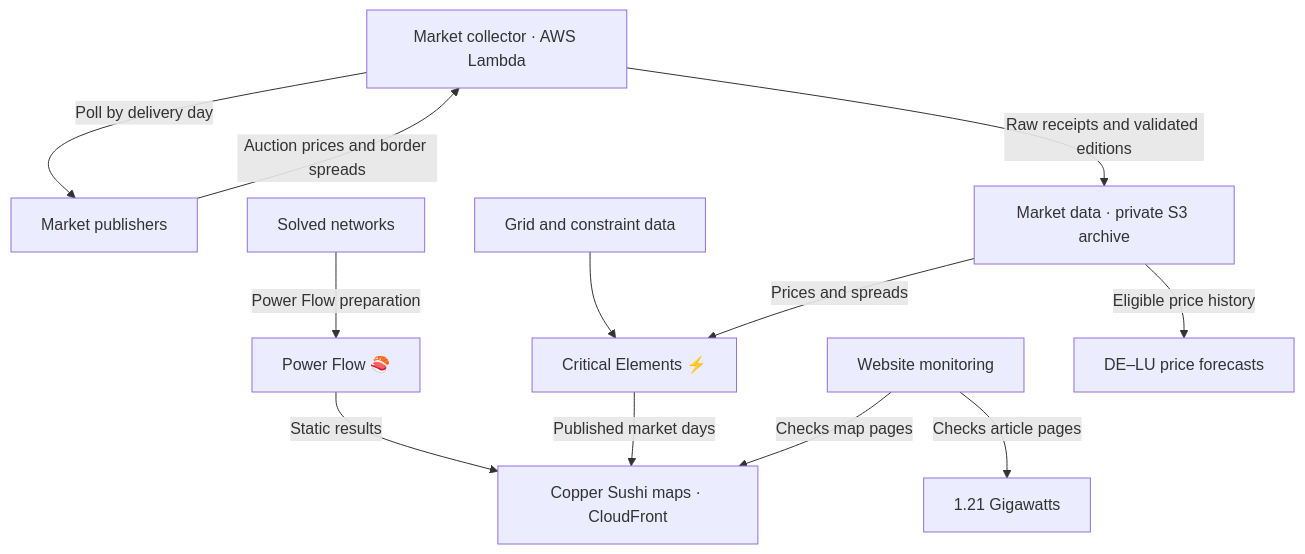
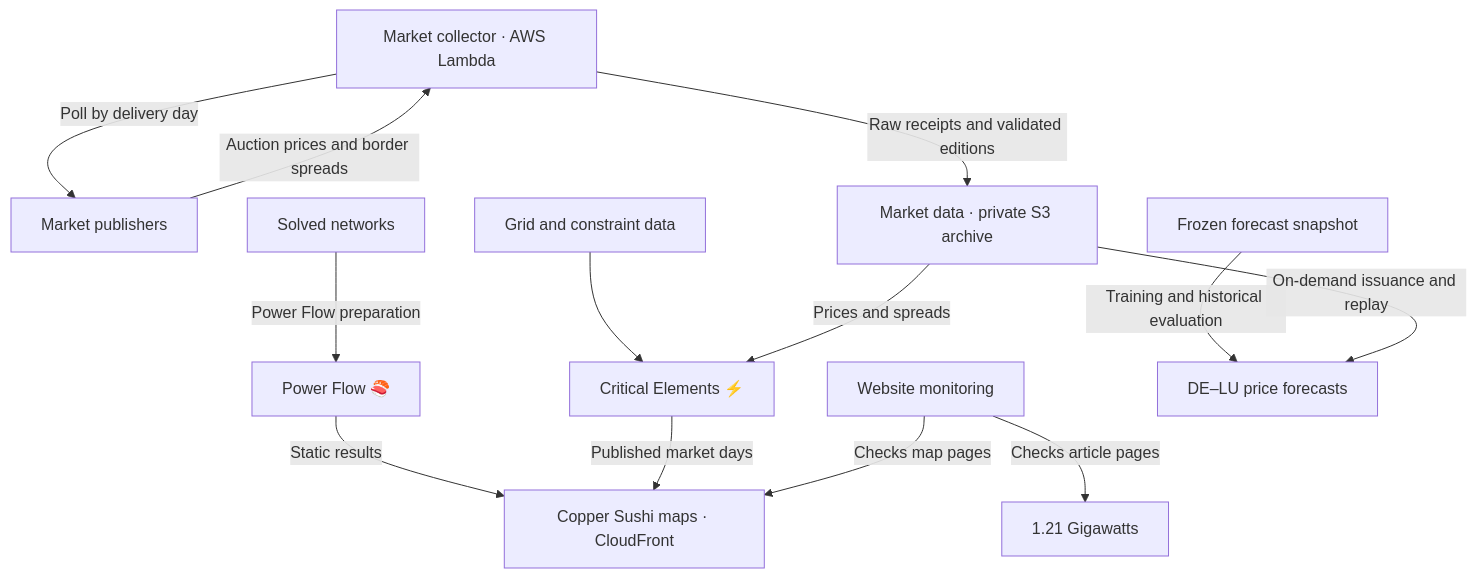
Before and after one commit to zoltanmaric/coppersushi: the diagram in README.md, drawn with Mermaid. The commit also changed 5 other files, not shown here.

````diff
--- a/README.md
+++ b/README.md
@@ -46,21 +46,23 @@
 ```mermaid
 flowchart TB
     collector["Market collector · AWS Lambda"] -->|Poll by delivery day| publishers["Market publishers"]
     publishers -->|Auction prices and border spreads| collector
     collector -->|Raw receipts and validated editions| shared["Market data · private S3 archive"]
     grid["Grid and constraint data"] --> critical["Critical Elements ⚡️"]
     networks["Solved networks"] -->|Power Flow preparation| power["Power Flow 🍣"]
     power -->|Static results| maps["Copper Sushi maps · CloudFront"]
     critical -->|Published market days| maps
     monitor["Website monitoring"] -->|Checks map pages| maps
     monitor -->|Checks article pages| blog["1.21 Gigawatts"]
     shared -->|Prices and spreads| critical
-    shared -->|Eligible price history| forecast["DE–LU price forecasts"]
+    snapshot["Frozen forecast snapshot"] -->|Training and historical evaluation| forecast["DE–LU price forecasts"]
+    shared -->|On-demand issuance and replay| forecast
     click shared "https://github.com/zoltanmaric/coppersushi/blob/main/coppersushi/pipelines/market_data/README.md"
     click critical "https://github.com/zoltanmaric/coppersushi/blob/main/coppersushi/pipelines/cnec/README.md"
     click power "https://github.com/zoltanmaric/coppersushi/blob/main/coppersushi/pipelines/powerflow/README.md"
     click monitor "https://github.com/zoltanmaric/coppersushi/blob/main/monitoring/README.md"
     click blog "https://github.com/zoltanmaric/coppersushi/blob/main/121gigawatts/hosting/README.md"
     click forecast "https://github.com/zoltanmaric/coppersushi/blob/main/forecasts/README.md"
+    click snapshot "https://github.com/zoltanmaric/coppersushi/blob/main/forecasts/inputs/README.md"
     click maps "https://github.com/zoltanmaric/coppersushi/blob/main/coppersushi/frontend/README.md"
 ```
````
